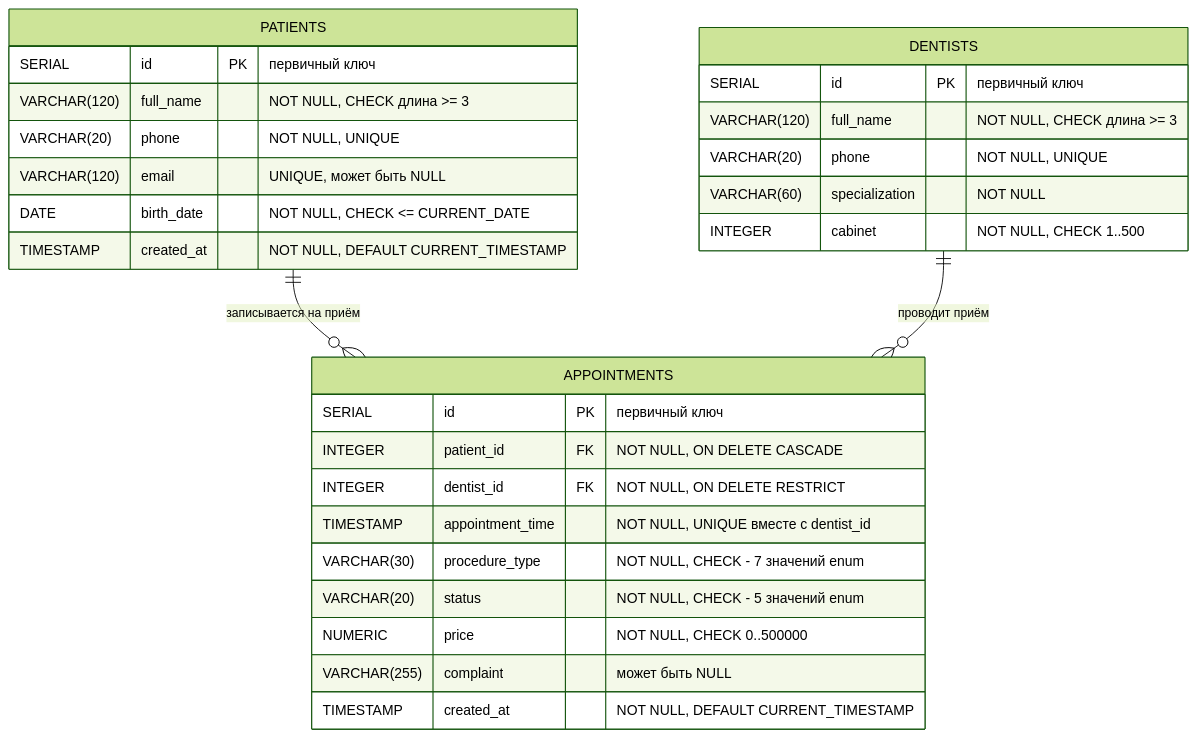
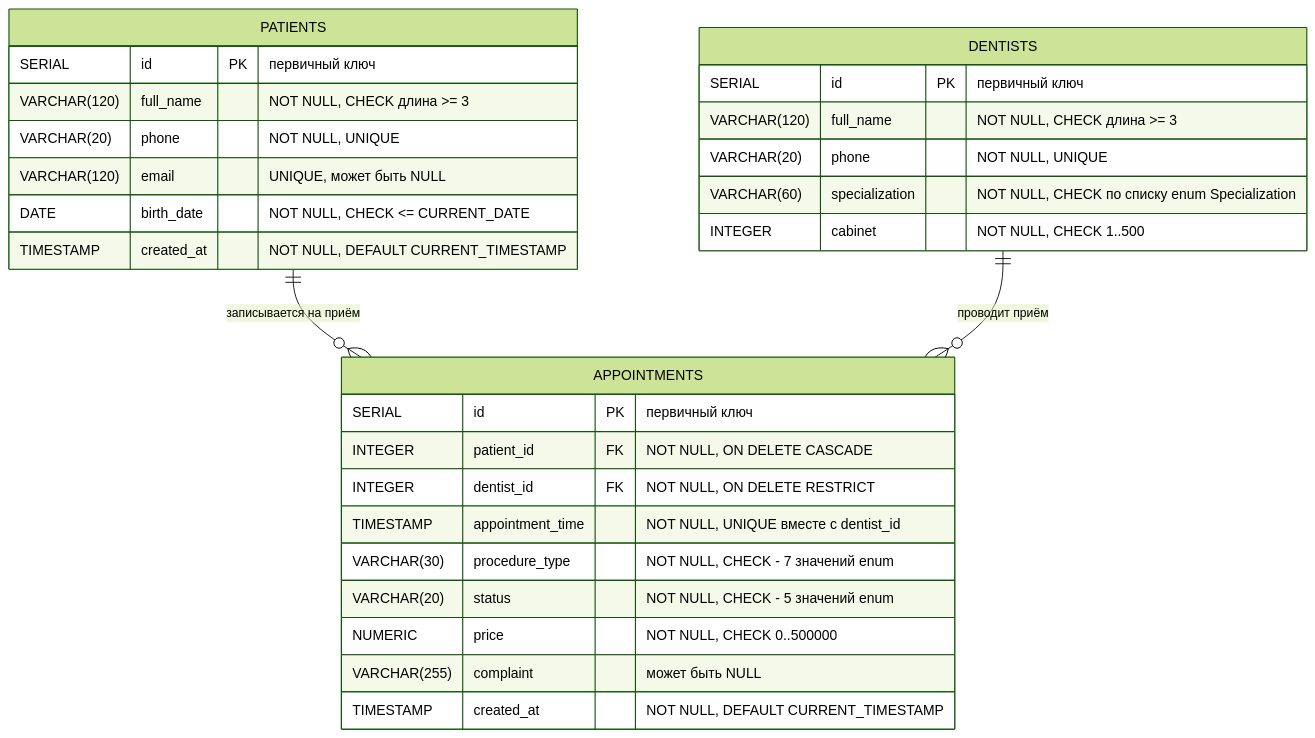
The diagram in docs/er-diagram.md (asdfh08/DentalClinic), drawn with Mermaid (forest theme) before and after one commit. The commit also changed 9 other files, not shown here.

Commit message:
Сборка: сортировка в обе стороны, фильтрация, схема БД со специализациями, log4j-api

````diff
--- a/docs/er-diagram.md
+++ b/docs/er-diagram.md
@@ -8,34 +8,34 @@
 ```mermaid
 erDiagram
     PATIENTS ||--o{ APPOINTMENTS : "записывается на приём"
     DENTISTS ||--o{ APPOINTMENTS : "проводит приём"
 
     PATIENTS {
         SERIAL id PK "первичный ключ"
         VARCHAR(120) full_name "NOT NULL, CHECK длина >= 3"
         VARCHAR(20) phone "NOT NULL, UNIQUE"
         VARCHAR(120) email "UNIQUE, может быть NULL"
         DATE birth_date "NOT NULL, CHECK <= CURRENT_DATE"
         TIMESTAMP created_at "NOT NULL, DEFAULT CURRENT_TIMESTAMP"
     }
 
     DENTISTS {
         SERIAL id PK "первичный ключ"
         VARCHAR(120) full_name "NOT NULL, CHECK длина >= 3"
         VARCHAR(20) phone "NOT NULL, UNIQUE"
-        VARCHAR(60) specialization "NOT NULL"
+        VARCHAR(60) specialization "NOT NULL, CHECK по списку enum Specialization"
         INTEGER cabinet "NOT NULL, CHECK 1..500"
     }
 
     APPOINTMENTS {
         SERIAL id PK "первичный ключ"
         INTEGER patient_id FK "NOT NULL, ON DELETE CASCADE"
         INTEGER dentist_id FK "NOT NULL, ON DELETE RESTRICT"
         TIMESTAMP appointment_time "NOT NULL, UNIQUE вместе с dentist_id"
         VARCHAR(30) procedure_type "NOT NULL, CHECK - 7 значений enum"
         VARCHAR(20) status "NOT NULL, CHECK - 5 значений enum"
         NUMERIC price "NOT NULL, CHECK 0..500000"
         VARCHAR(255) complaint "может быть NULL"
         TIMESTAMP created_at "NOT NULL, DEFAULT CURRENT_TIMESTAMP"
     }
 ```
````
